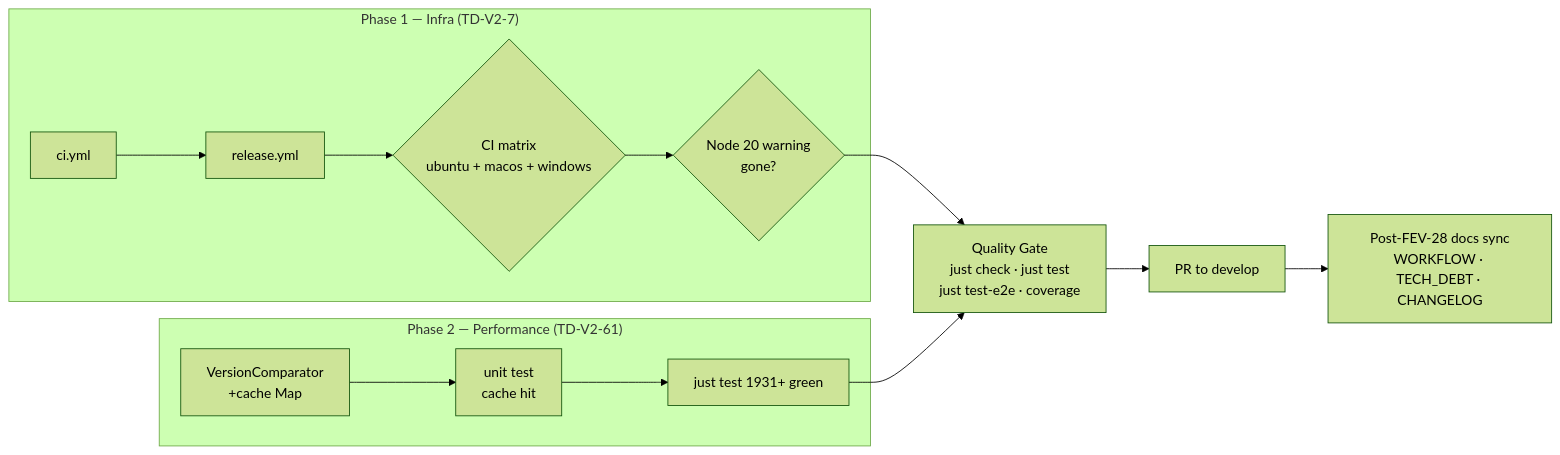
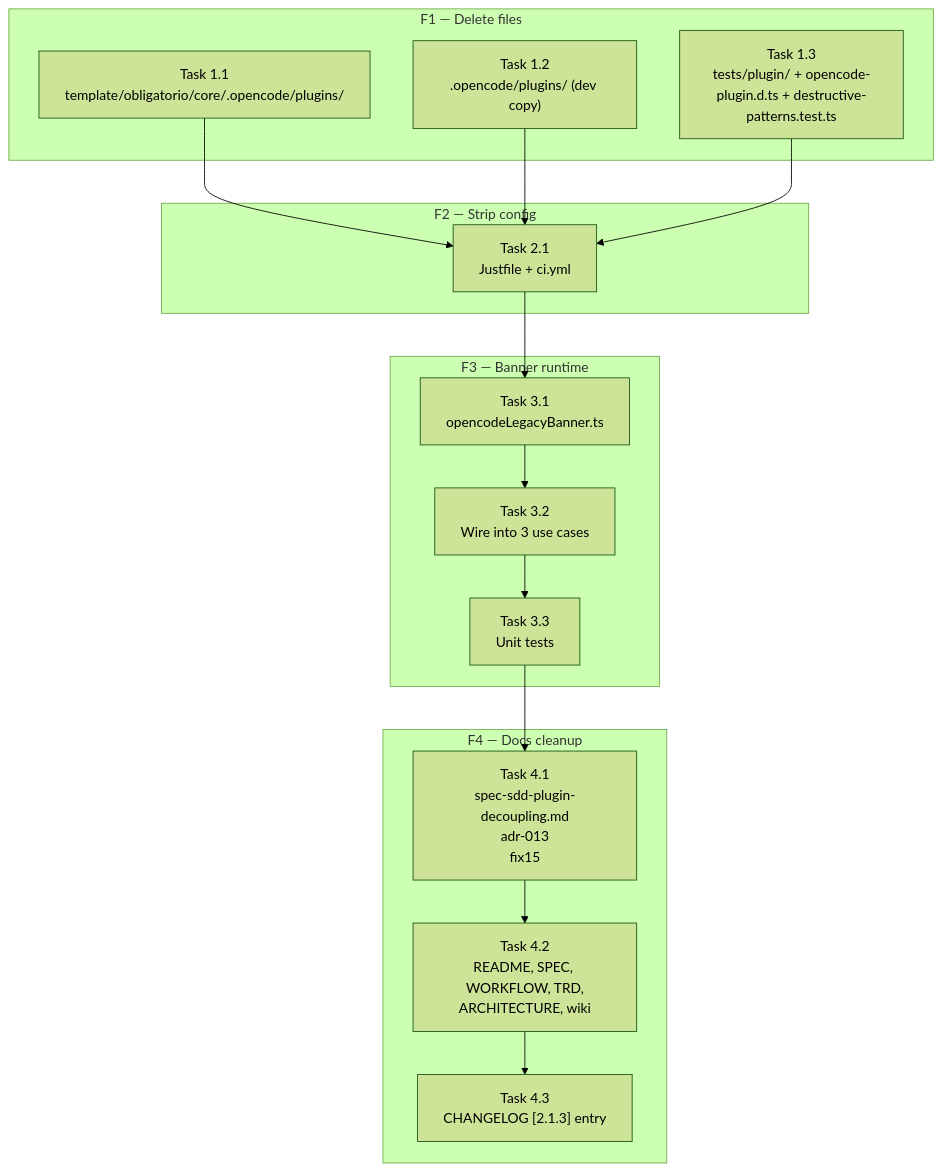
Before and after one commit to Fisherk2/codice-opencode: the first of 2 diagrams in tasks/plan.md, drawn with Mermaid (forest theme). The commit also changed other lines of this file and 473 other files, not shown here.

````diff
--- a/tasks/plan.md
+++ b/tasks/plan.md
@@ -235,18 +178,34 @@
 ```mermaid
-graph LR
-    subgraph "Phase 1 — Infra (TD-V2-7)"
-        A1[ci.yml] --> A2[release.yml]
-        A2 --> A3{CI matrix<br/>ubuntu + macos + windows}
-        A3 --> A4{Node 20 warning<br/>gone?}
+graph TB
+    subgraph "F1 — Delete files"
+        T1["Task 1.1<br/>template/obligatorio/core/.opencode/plugins/"]
+        T2["Task 1.2<br/>.opencode/plugins/ (dev copy)"]
+        T3["Task 1.3<br/>tests/plugin/ + opencode-plugin.d.ts + destructive-patterns.test.ts"]
     end
 
-    subgraph "Phase 2 — Performance (TD-V2-61)"
-        B1[VersionComparator<br/>+cache Map] --> B2[unit test<br/>cache hit]
-        B2 --> B3[just test 1931+ green]
+    subgraph "F2 — Strip config"
+        R1["Task 2.1<br/>Justfile + ci.yml"]
     end
 
-    A4 --> C[Quality Gate<br/>just check · just test<br/>just test-e2e · coverage]
-    B3 --> C
-    C --> D[PR to develop]
-    D --> E[Post-FEV-28 docs sync<br/>WORKFLOW · TECH_DEBT · CHANGELOG]
+    subgraph "F3 — Banner runtime"
+        B1["Task 3.1<br/>opencodeLegacyBanner.ts"]
+        B2["Task 3.2<br/>Wire into 3 use cases"]
+        B3["Task 3.3<br/>Unit tests"]
+    end
+
+    subgraph "F4 — Docs cleanup"
+        D1["Task 4.1<br/>spec-sdd-plugin-decoupling.md<br/>adr-013<br/>fix15"]
+        D2["Task 4.2<br/>README, SPEC, WORKFLOW, TRD,<br/>ARCHITECTURE, wiki"]
+        D3["Task 4.3<br/>CHANGELOG [2.1.3] entry"]
+    end
+
+    T1 --> R1
+    T2 --> R1
+    T3 --> R1
+    R1 --> B1
+    B1 --> B2
+    B2 --> B3
+    B3 --> D1
+    D1 --> D2
+    D2 --> D3
 ```
````
